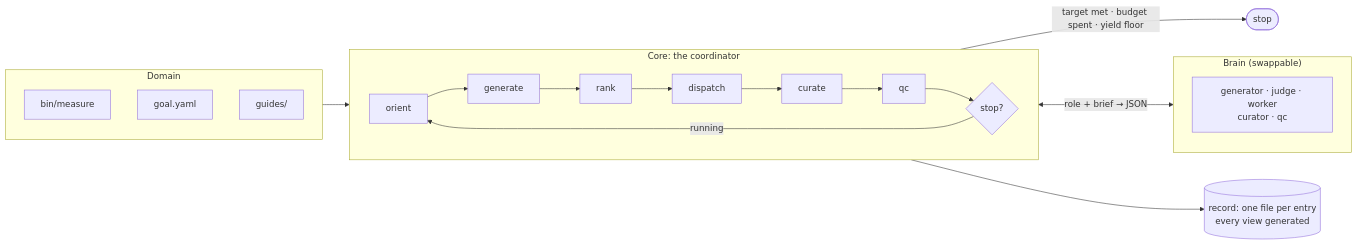
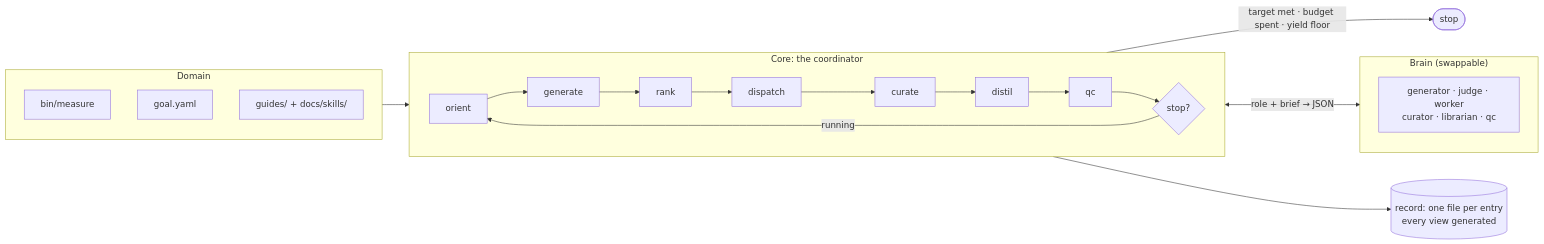
The diagram in README.md (Ryun1/auto-research-toolkit), drawn with Mermaid before and after one commit. The commit also changed other lines of this file and 17 other files, not shown here.

````diff
--- a/README.md
+++ b/README.md
@@ -24,20 +24,20 @@
 ```mermaid
 flowchart LR
     subgraph d["Domain"]
         m["bin/measure"]
         g["goal.yaml"]
-        k["guides/"]
+        k["guides/ + docs/skills/"]
     end
     subgraph c["Core: the coordinator"]
         direction LR
-        o["orient"] --> gen["generate"] --> r["rank"] --> disp["dispatch"] --> cur["curate"] --> qc["qc"] --> s{"stop?"}
+        o["orient"] --> gen["generate"] --> r["rank"] --> disp["dispatch"] --> cur["curate"] --> dis["distil"] --> qc["qc"] --> s{"stop?"}
         s -->|"running"| o
     end
     subgraph b["Brain (swappable)"]
-        roles["generator · judge · worker<br/>curator · qc"]
+        roles["generator · judge · worker<br/>curator · librarian · qc"]
     end
     d --> c
     c <-->|"role + brief → JSON"| b
     c --> rec[("record: one file per entry<br/>every view generated")]
     s -->|"target met · budget spent · yield floor"| stop(["stop"])
 ```
````
